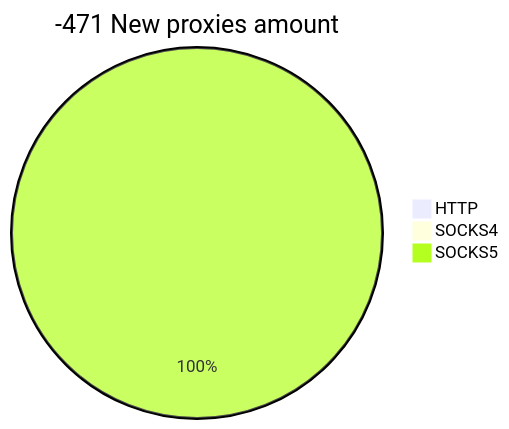
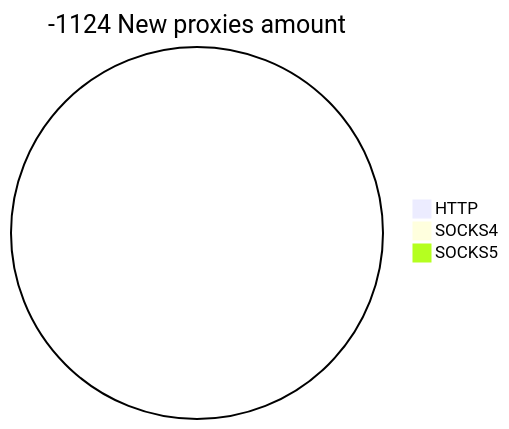
Before and after one commit to cutipu/proxylist: the second of 2 diagrams in README.md, drawn with Mermaid. The commit also changed other lines of this file, not shown here.

````diff
--- a/README.md
+++ b/README.md
@@ -10,6 +10,6 @@
 ```mermaid
-pie title -471 New proxies amount
+pie title -1124 New proxies amount
     "HTTP" : 0
     "SOCKS4" : 0
-    "SOCKS5" : 13
+    "SOCKS5" : 0
 ```
````
